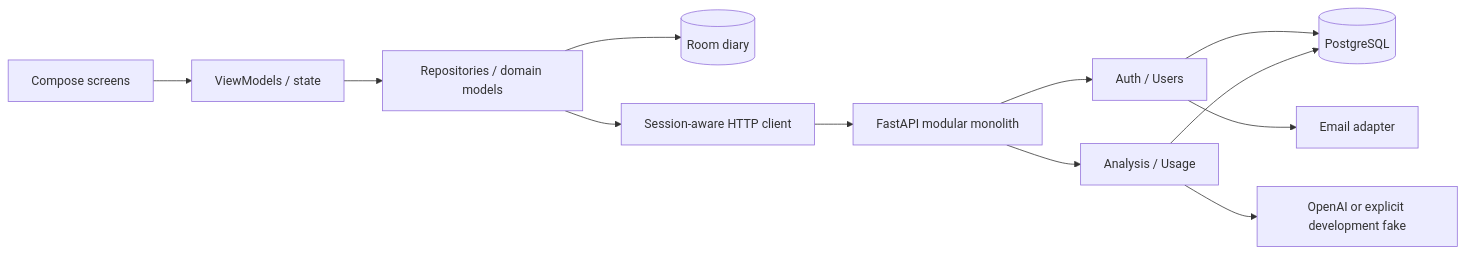
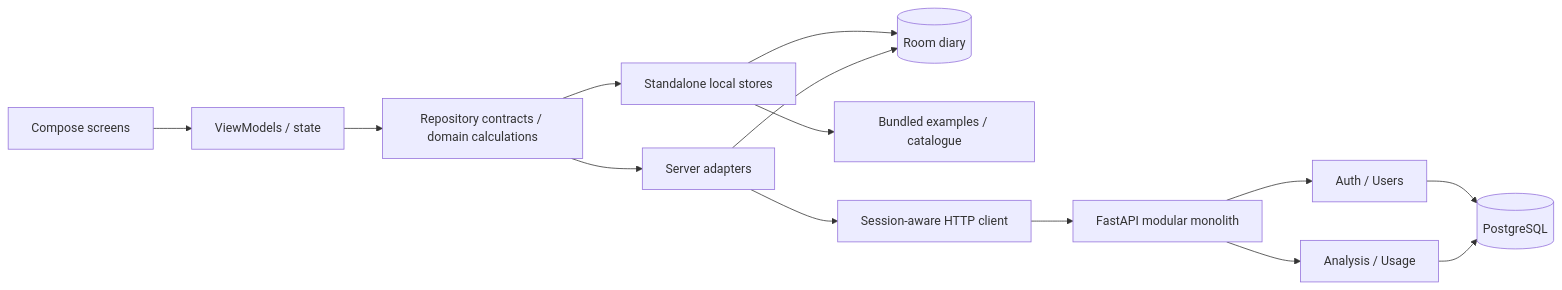
One commit to kairagz27/TamaqAI-Portfolio changed the diagram in README.md. Above: the diagram before and after it, drawn with Mermaid. The commit also changed other lines of this file and 66 other files, not shown here.

````diff
--- a/README.md
+++ b/README.md
@@ -45,14 +57,16 @@
 ```mermaid
 flowchart LR
     UI[Compose screens] --> VM[ViewModels / state]
-    VM --> R[Repositories / domain models]
-    R --> ROOM[(Room diary)]
-    R --> HTTP[Session-aware HTTP client]
+    VM --> R[Repository contracts / domain calculations]
+    R --> LOCAL[Standalone local stores]
+    LOCAL --> ROOM[(Room diary)]
+    LOCAL --> BUNDLE[Bundled examples / catalogue]
+    R --> SERVER[Server adapters]
+    SERVER --> ROOM
+    SERVER --> HTTP[Session-aware HTTP client]
     HTTP --> API[FastAPI modular monolith]
     API --> AUTH[Auth / Users]
     API --> ANALYSIS[Analysis / Usage]
     AUTH --> PG[(PostgreSQL)]
     ANALYSIS --> PG
-    ANALYSIS --> PROVIDER[OpenAI or explicit development fake]
-    AUTH --> EMAIL[Email adapter]
 ```
````
